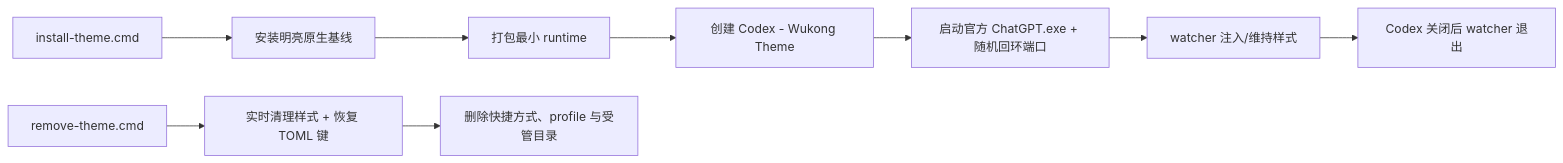
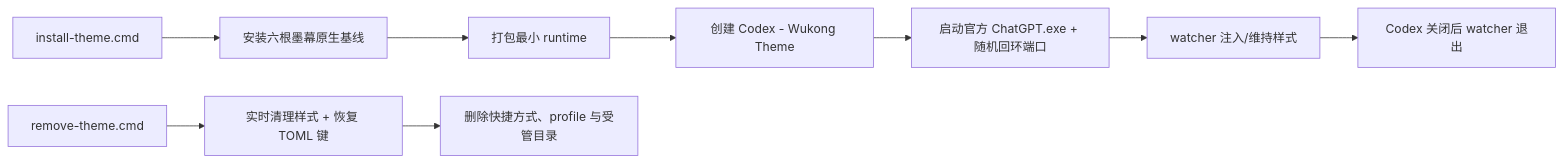
Before and after one commit to Udkam/wukong-codex-forge: the diagram in docs/DESIGN.md, drawn with Mermaid. The commit also changed other lines of this file and 20 other files, not shown here.

````diff
--- a/docs/DESIGN.md
+++ b/docs/DESIGN.md
@@ -41,11 +44,11 @@
 ```mermaid
 flowchart LR
-  A["install-theme.cmd"] --> B["安装明亮原生基线"]
+  A["install-theme.cmd"] --> B["安装六根墨幕原生基线"]
   B --> C["打包最小 runtime"]
   C --> D["创建 Codex - Wukong Theme"]
   D --> E["启动官方 ChatGPT.exe + 随机回环端口"]
   E --> F["watcher 注入/维持样式"]
   F --> G["Codex 关闭后 watcher 退出"]
   H["remove-theme.cmd"] --> I["实时清理样式 + 恢复 TOML 键"]
   I --> J["删除快捷方式、profile 与受管目录"]
 ```
````
